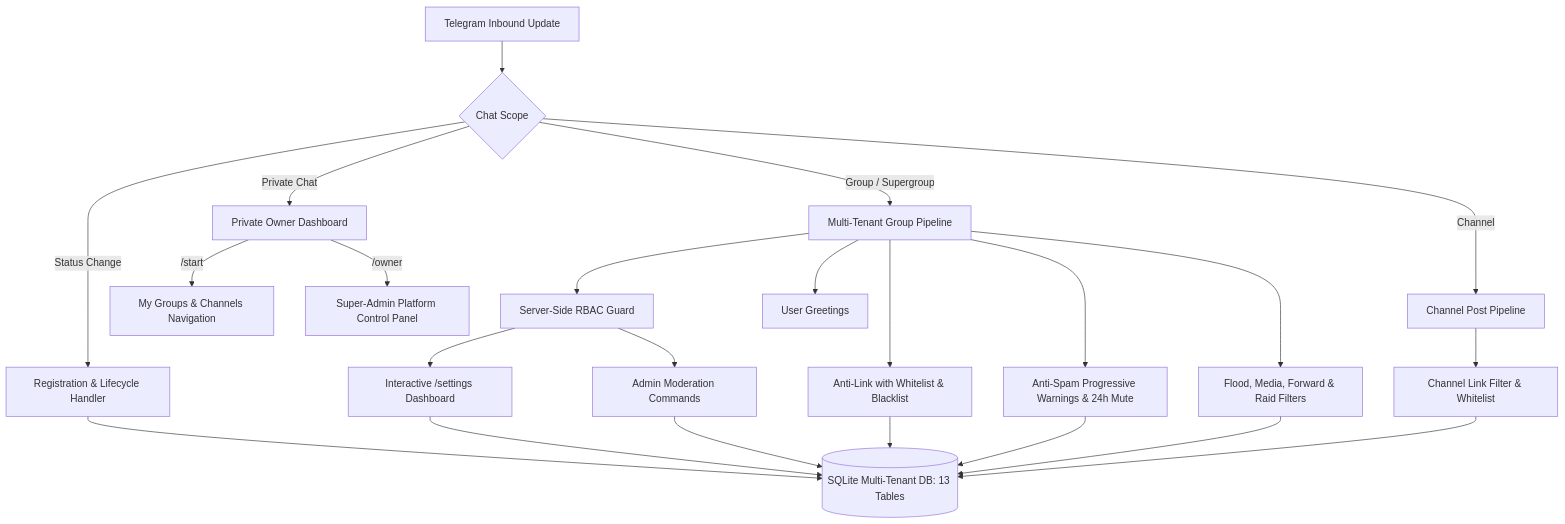
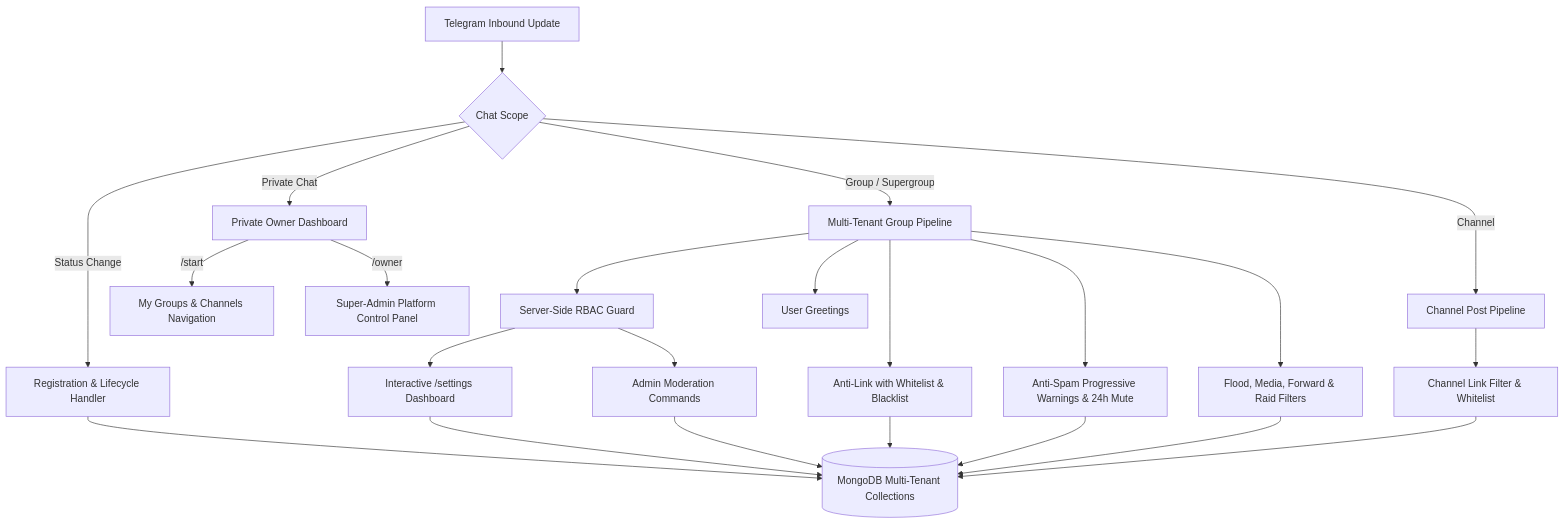
The first of 3 diagrams in README.md (surajchandr1c/Waguri), drawn with Mermaid before and after one commit. The commit also changed other lines of this file and 39 other files, not shown here.

````diff
--- a/README.md
+++ b/README.md
@@ -13,26 +13,26 @@
 ```mermaid
 flowchart TD
     Update[Telegram Inbound Update] --> ScopeCheck{Chat Scope}
     
     ScopeCheck -->|Private Chat| PrivateDashboard[Private Owner Dashboard]
     ScopeCheck -->|Group / Supergroup| GroupPipeline[Multi-Tenant Group Pipeline]
     ScopeCheck -->|Channel| ChannelPipeline[Channel Post Pipeline]
     ScopeCheck -->|Status Change| Lifecycle[Registration & Lifecycle Handler]
     
     PrivateDashboard -->|/start| PrivateNav[My Groups & Channels Navigation]
     PrivateDashboard -->|/owner| SuperAdmin[Super-Admin Platform Control Panel]
     
     GroupPipeline --> RBAC[Server-Side RBAC Guard]
     RBAC --> Settings[Interactive /settings Dashboard]
     RBAC --> Commands[Admin Moderation Commands]
     
     GroupPipeline --> AntiLink[Anti-Link with Whitelist & Blacklist]
     GroupPipeline --> AntiSpam[Anti-Spam Progressive Warnings & 24h Mute]
     GroupPipeline --> ExtraProt[Flood, Media, Forward & Raid Filters]
     GroupPipeline --> Greetings[User Greetings]
     
     ChannelPipeline --> ChannelLink[Channel Link Filter & Whitelist]
     
-    Lifecycle --> DBLayer[(SQLite Multi-Tenant DB: 13 Tables)]
+    Lifecycle --> DBLayer[(MongoDB Multi-Tenant Collections)]
     Settings & Commands & AntiLink & AntiSpam & ExtraProt & ChannelLink --> DBLayer
 ```
````
